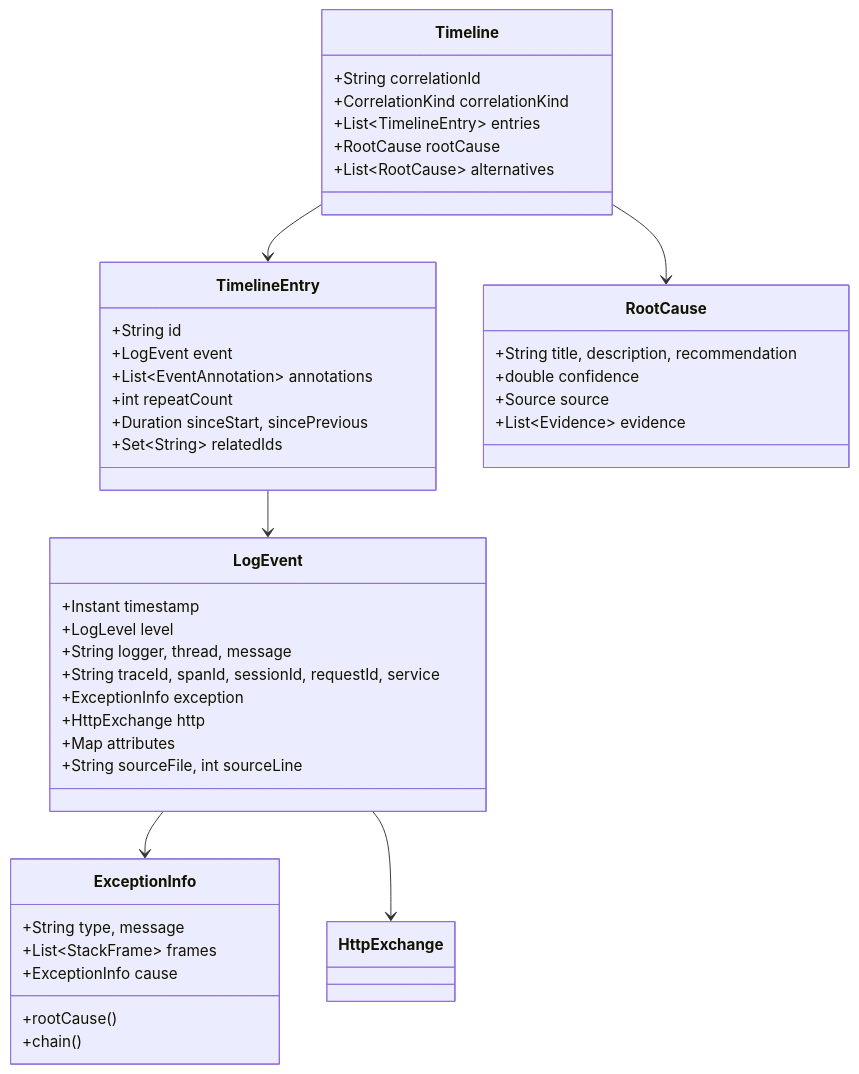
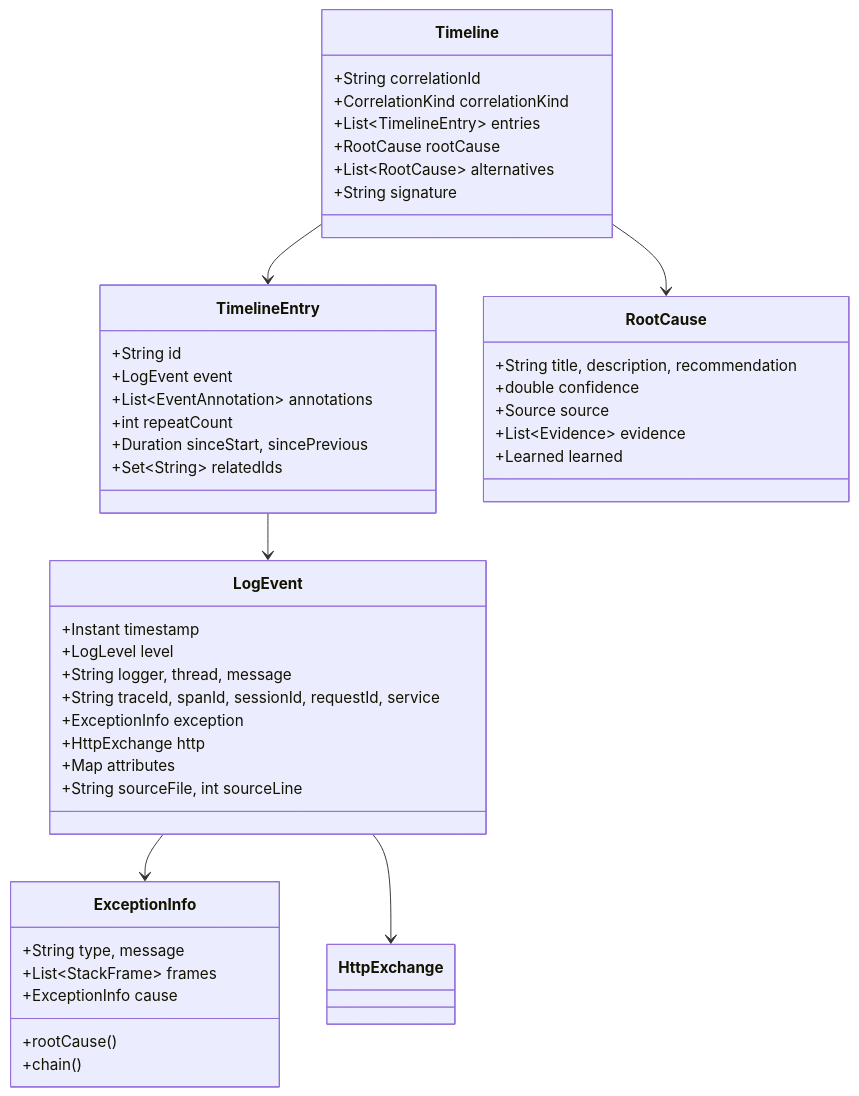
The second of 3 diagrams in docs/ARCHITECTURE.md (akiramonv/LogAnalyzer), drawn with Mermaid before and after one commit. The commit also changed other lines of this file and 16 other files, not shown here.

````diff
--- a/docs/ARCHITECTURE.md
+++ b/docs/ARCHITECTURE.md
@@ -67,46 +73,48 @@
 ```mermaid
 classDiagram
     class LogEvent {
         +Instant timestamp
         +LogLevel level
         +String logger, thread, message
         +String traceId, spanId, sessionId, requestId, service
         +ExceptionInfo exception
         +HttpExchange http
         +Map attributes
         +String sourceFile, int sourceLine
     }
     class ExceptionInfo {
         +String type, message
         +List~StackFrame~ frames
         +ExceptionInfo cause
         +rootCause()
         +chain()
     }
     class TimelineEntry {
         +String id
         +LogEvent event
         +List~EventAnnotation~ annotations
         +int repeatCount
         +Duration sinceStart, sincePrevious
         +Set~String~ relatedIds
     }
     class Timeline {
         +String correlationId
         +CorrelationKind correlationKind
         +List~TimelineEntry~ entries
         +RootCause rootCause
         +List~RootCause~ alternatives
+        +String signature
     }
     class RootCause {
         +String title, description, recommendation
         +double confidence
         +Source source
         +List~Evidence~ evidence
+        +Learned learned
     }
     LogEvent --> ExceptionInfo
     LogEvent --> HttpExchange
     TimelineEntry --> LogEvent
     Timeline --> TimelineEntry
     Timeline --> RootCause
 ```
````
